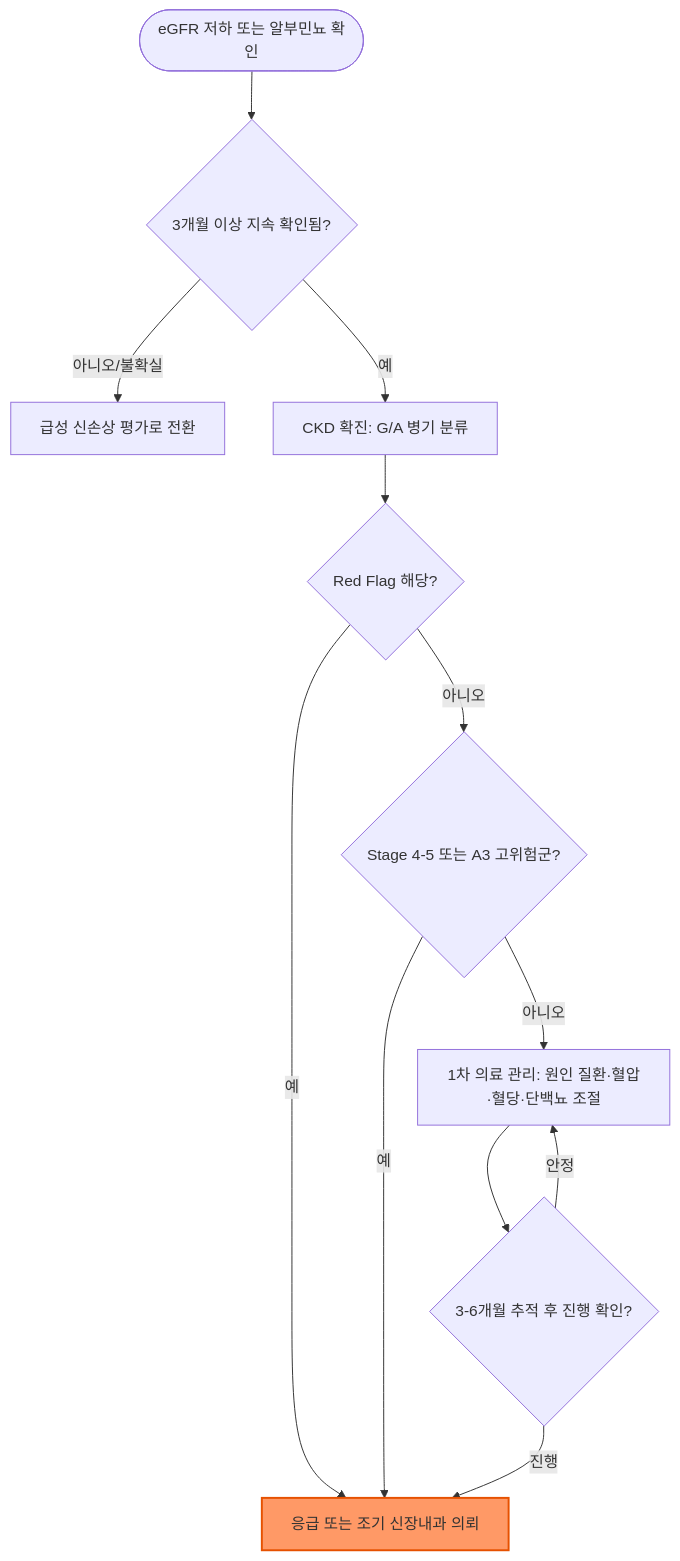
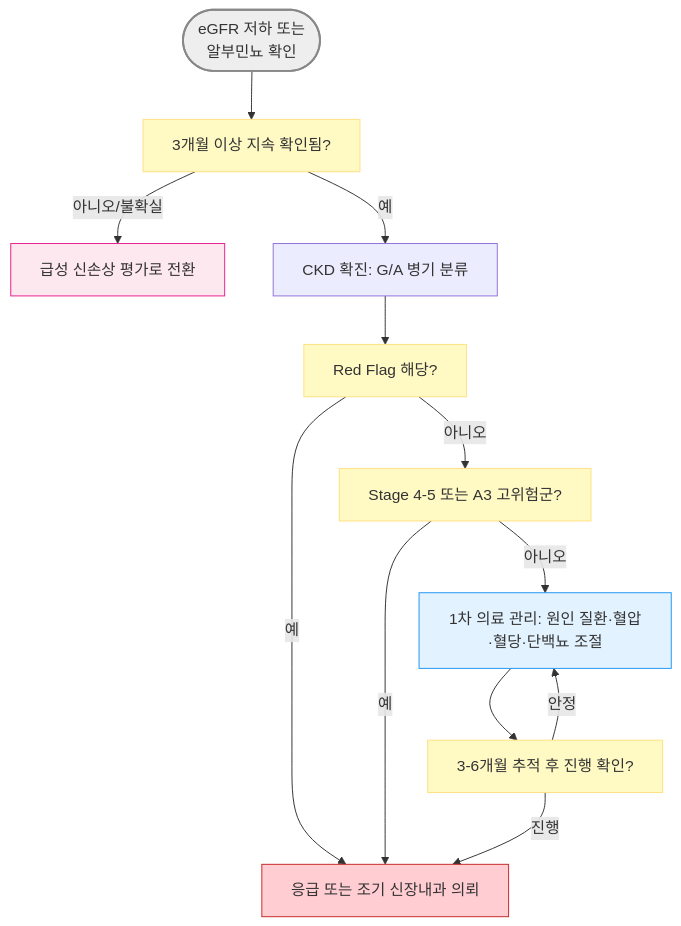
Before and after one commit to familyoh77/familyoh77: the diagram in 227_/112_-chronic-kidney-disease-ckd.md, drawn with Mermaid. The commit also changed other lines of this file, not shown here.

````diff
--- a/227_/112_-chronic-kidney-disease-ckd.md
+++ b/227_/112_-chronic-kidney-disease-ckd.md
@@ -147,16 +147,21 @@
 ```mermaid
 graph TD
-    A([eGFR 저하 또는 알부민뇨 확인]) --> B{3개월 이상 지속 확인됨?}
+    A([eGFR 저하 또는 <br/>알부민뇨 확인]) --> B[3개월 이상 지속 확인됨?]
     B -- 아니오/불확실 --> C[급성 신손상 평가로 전환]
     B -- 예 --> D[CKD 확진: G/A 병기 분류]
-    D --> E{Red Flag 해당?}
+    D --> E[Red Flag 해당?]
     E -- 예 --> F[응급 또는 조기 신장내과 의뢰]
-    E -- 아니오 --> G{Stage 4-5 또는 A3 고위험군?}
+    E -- 아니오 --> G[Stage 4-5 또는 A3 고위험군?]
     G -- 예 --> F
     G -- 아니오 --> H[1차 의료 관리: 원인 질환·혈압·혈당·단백뇨 조절]
-    H --> I{3-6개월 추적 후 진행 확인?}
+    H --> I[3-6개월 추적 후 진행 확인?]
     I -- 진행 --> F
     I -- 안정 --> H
 
-    style F fill:#f96,stroke:#e65100,stroke-width:2px
+style A fill:#eeeeee,stroke:#888888,stroke-width:2px
+classDef yellow fill:#fff9c4,stroke:#ffe082
+class B,E,G,I yellow
+style H fill:#e3f2ff,stroke:#2196f3
+style C fill:#fde8f0,stroke:#e91e8c
+style F fill:#ffcdd2,stroke:#c62828
 ```
````
